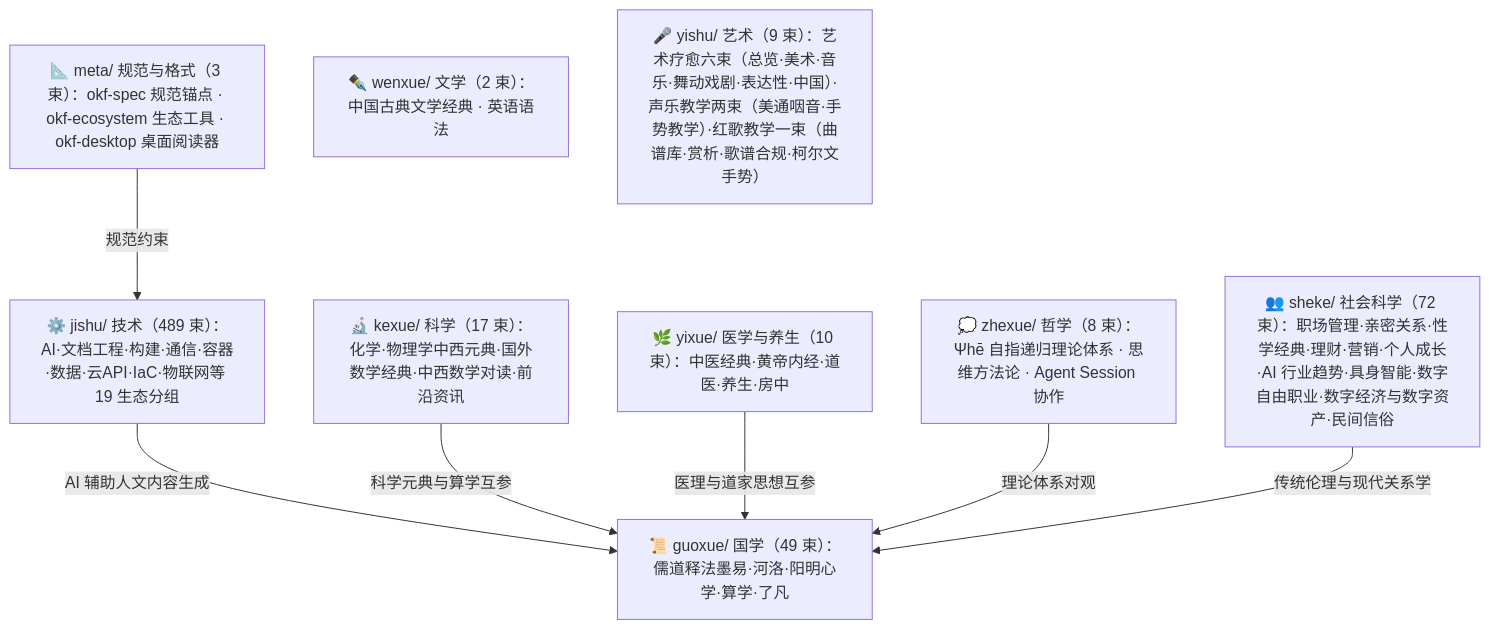
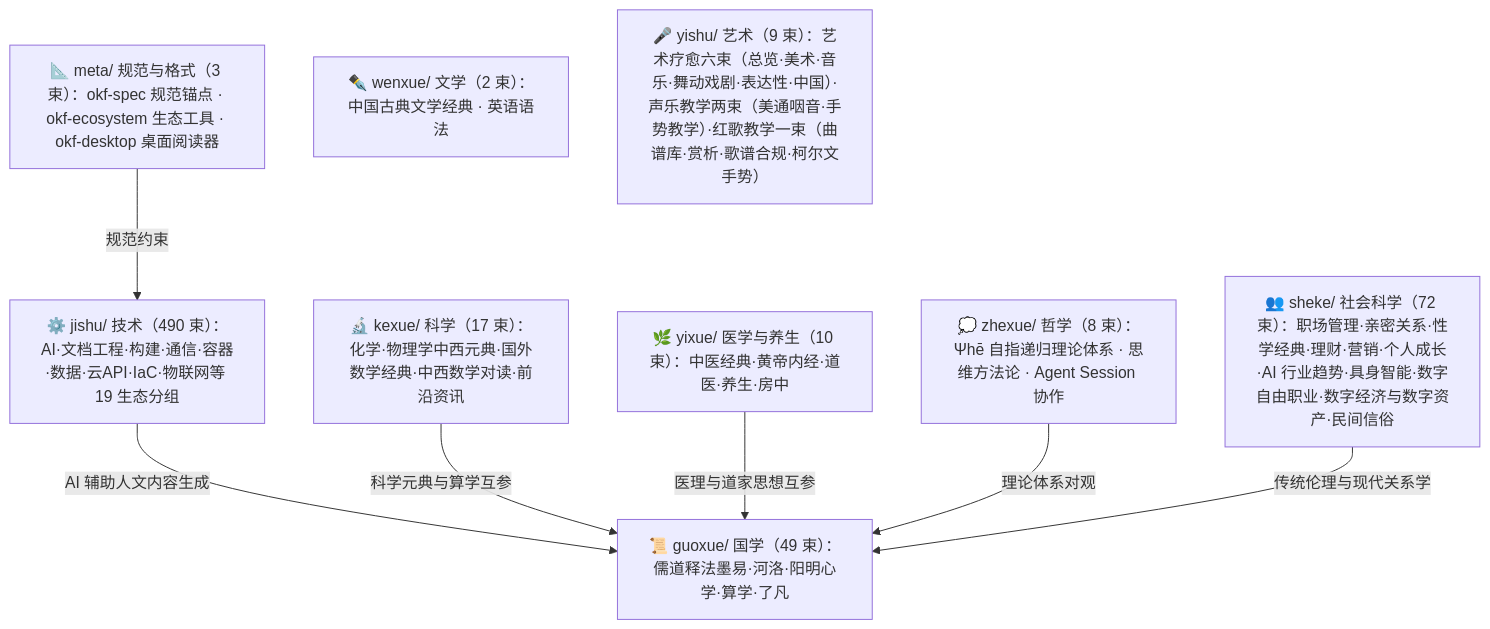
One commit to awesome-flexloop/awesome-okf changed the diagram in doc/bundles/index.md. Above: the diagram before and after it, drawn with Mermaid. The commit also changed other lines of this file and 13 other files, not shown here.

````diff
--- a/doc/bundles/index.md
+++ b/doc/bundles/index.md
@@ -21,18 +21,18 @@
 ```mermaid
 flowchart TD
     meta["📐 meta/ 规范与格式（3 束）：okf-spec 规范锚点 · okf-ecosystem 生态工具 · okf-desktop 桌面阅读器"]
     guoxue["📜 guoxue/ 国学（49 束）：儒道释法墨易·河洛·阳明心学·算学·了凡"]
     zhexue["💭 zhexue/ 哲学（8 束）：Ψhē 自指递归理论体系 · 思维方法论 · Agent Session 协作"]
     kexue["🔬 kexue/ 科学（17 束）：化学·物理学中西元典·国外数学经典·中西数学对读·前沿资讯"]
     wenxue["✒️ wenxue/ 文学（2 束）：中国古典文学经典 · 英语语法"]
     yixue["🌿 yixue/ 医学与养生（10 束）：中医经典·黄帝内经·道医·养生·房中"]
     sheke["👥 sheke/ 社会科学（72 束）：职场管理·亲密关系·性学经典·理财·营销·个人成长·AI 行业趋势·具身智能·数字自由职业·数字经济与数字资产·民间信俗"]
     yishu["🎤 yishu/ 艺术（9 束）：艺术疗愈六束（总览·美术·音乐·舞动戏剧·表达性·中国）·声乐教学两束（美通咽音·手势教学）·红歌教学一束（曲谱库·赏析·歌谱合规·柯尔文手势）"]
-    jishu["⚙️ jishu/ 技术（489 束）：AI·文档工程·构建·通信·容器·数据·云API·IaC·物联网等 19 生态分组"]
+    jishu["⚙️ jishu/ 技术（490 束）：AI·文档工程·构建·通信·容器·数据·云API·IaC·物联网等 19 生态分组"]
     meta -->|"规范约束"| jishu
     jishu -->|"AI 辅助人文内容生成"| guoxue
     kexue -->|"科学元典与算学互参"| guoxue
     yixue -->|"医理与道家思想互参"| guoxue
     zhexue -->|"理论体系对观"| guoxue
     sheke -->|"传统伦理与现代关系学"| guoxue
 ```
````
